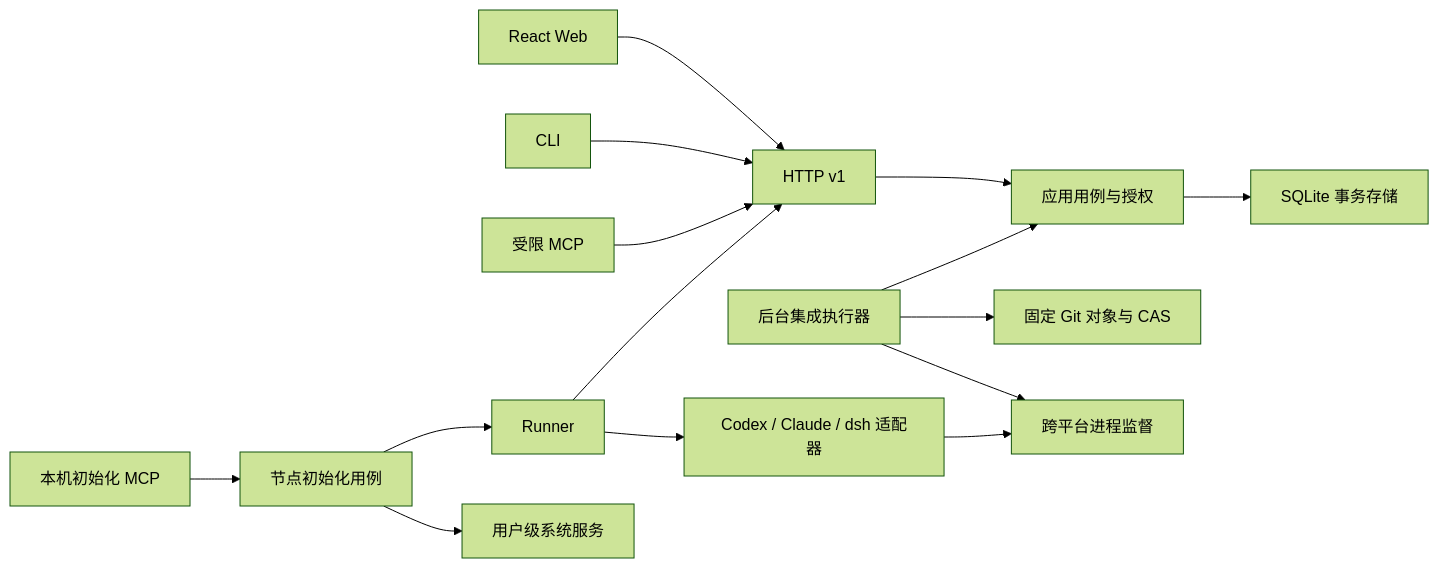
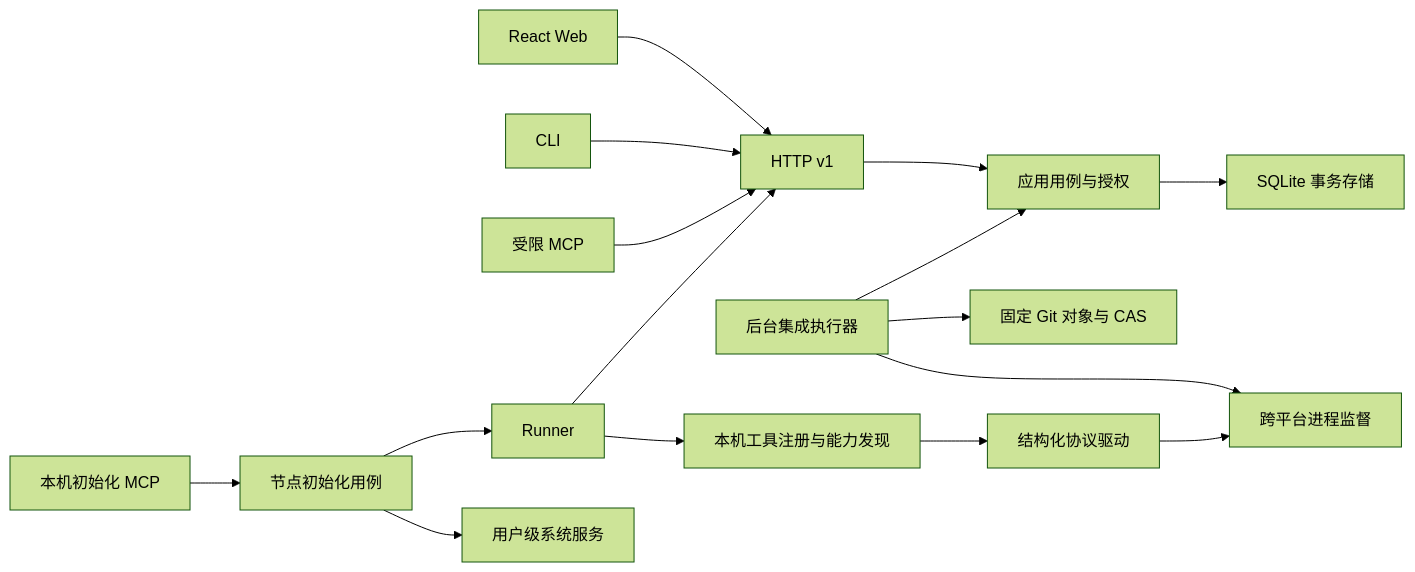
Before and after one commit to 5intro/Coordica: the diagram in docs/architecture.md, drawn with Mermaid (forest theme). The commit also changed other lines of this file and 66 other files, not shown here.

````diff
--- a/docs/architecture.md
+++ b/docs/architecture.md
@@ -5,17 +5,18 @@
 ```mermaid
 flowchart LR
   Web[React Web] --> API[HTTP v1]
   CLI[CLI] --> API
   MCP[受限 MCP] --> API
   Runner[Runner] --> API
   API --> App[应用用例与授权]
   Worker[后台集成执行器] --> App
   App --> Store[SQLite 事务存储]
   Worker --> Git[固定 Git 对象与 CAS]
   Worker --> Proc[跨平台进程监督]
-  Runner --> Agent[Codex / Claude / dsh 适配器]
+  Runner --> Registry[本机工具注册与能力发现]
+  Registry --> Agent[结构化协议驱动]
   Agent --> Proc
   Bootstrap[本机初始化 MCP] --> Onboarding[节点初始化用例]
   Onboarding --> Runner
   Onboarding --> Service[用户级系统服务]
 ```
````
